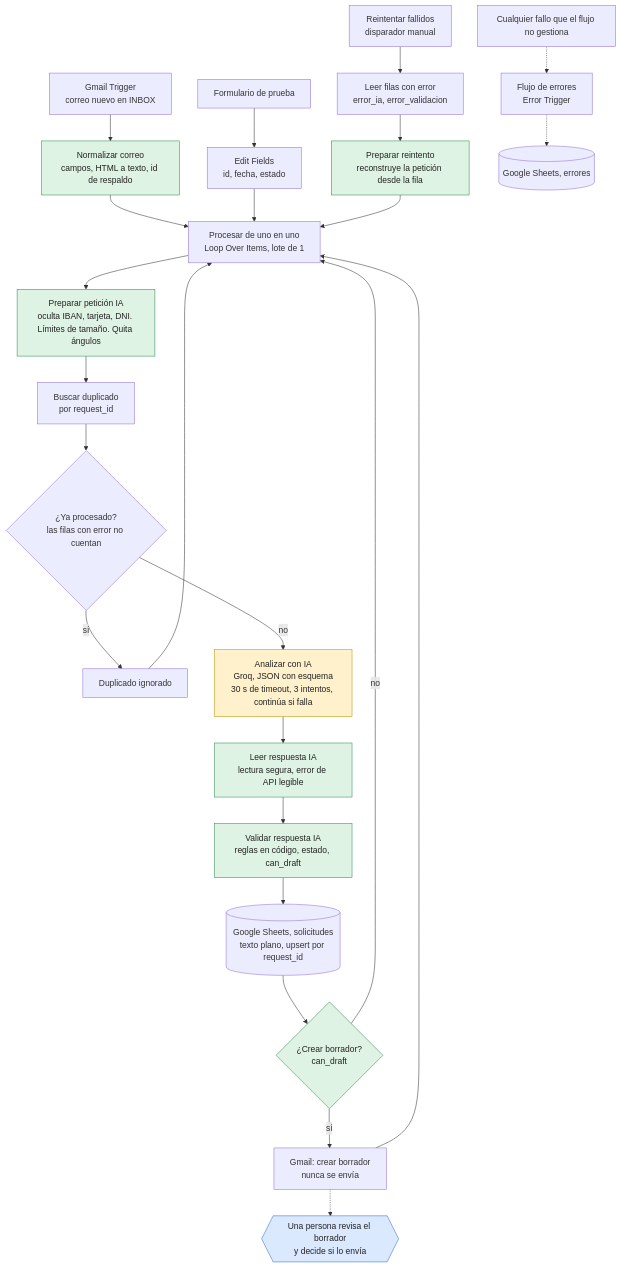
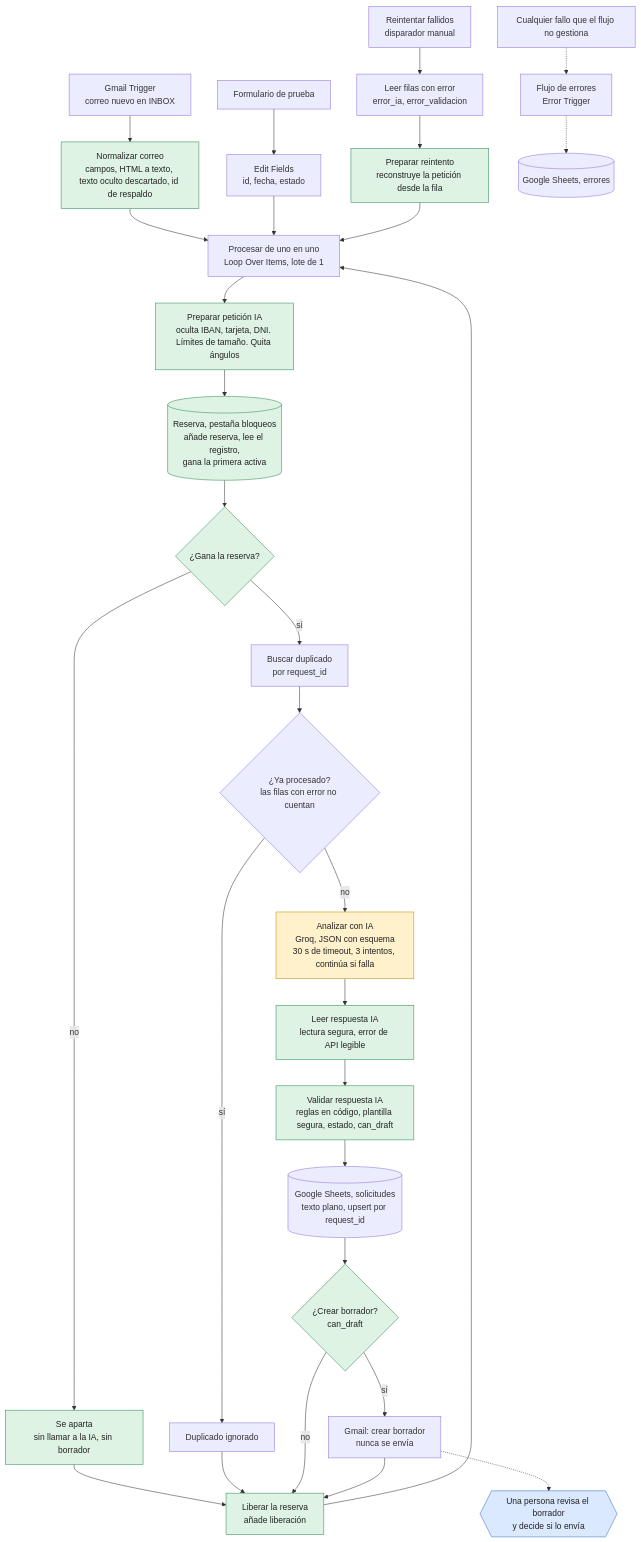
The diagram in README.es.md (lararaul439-ctrl/leadflow-ai), drawn with Mermaid before and after one commit. The commit also changed other lines of this file and 24 other files, not shown here.

````diff
--- a/README.es.md
+++ b/README.es.md
@@ -26,36 +27,41 @@
 ```mermaid
 flowchart TB
-    GT["Gmail Trigger<br/>correo nuevo en INBOX"] --> NC["Normalizar correo<br/>campos, HTML a texto, id de respaldo"]
+    GT["Gmail Trigger<br/>correo nuevo en INBOX"] --> NC["Normalizar correo<br/>campos, HTML a texto, texto oculto descartado, id de respaldo"]
     FM["Formulario de prueba"] --> EF["Edit Fields<br/>id, fecha, estado"]
     RT["Reintentar fallidos<br/>disparador manual"] --> RD["Leer filas con error<br/>error_ia, error_validacion"]
     RD --> PR["Preparar reintento<br/>reconstruye la petición desde la fila"]
 
     NC --> BU
     EF --> BU
     PR --> BU
 
     BU["Procesar de uno en uno<br/>Loop Over Items, lote de 1"] --> PP["Preparar petición IA<br/>oculta IBAN, tarjeta, DNI. Límites de tamaño. Quita ángulos"]
-    PP --> BD["Buscar duplicado<br/>por request_id"]
+    PP --> CL[("Reserva, pestaña bloqueos<br/>añade reserva, lee el registro,<br/>gana la primera activa")]
+    CL --> WIN{"¿Gana la reserva?"}
+    WIN -- "no" --> LOST["Se aparta<br/>sin llamar a la IA, sin borrador"]
+    WIN -- "sí" --> BD["Buscar duplicado<br/>por request_id"]
     BD --> DUP{"¿Ya procesado?<br/>las filas con error no cuentan"}
     DUP -- "sí" --> IG["Duplicado ignorado"]
-    IG --> BU
     DUP -- "no" --> IA["Analizar con IA<br/>Groq, JSON con esquema<br/>30 s de timeout, 3 intentos, continúa si falla"]
     IA --> LR["Leer respuesta IA<br/>lectura segura, error de API legible"]
-    LR --> VR["Validar respuesta IA<br/>reglas en código, estado, can_draft"]
+    LR --> VR["Validar respuesta IA<br/>reglas en código, plantilla segura, estado, can_draft"]
     VR --> SH[("Google Sheets, solicitudes<br/>texto plano, upsert por request_id")]
     SH --> GATE{"¿Crear borrador?<br/>can_draft"}
     GATE -- "sí" --> BR["Gmail: crear borrador<br/>nunca se envía"]
-    GATE -- "no" --> BU
-    BR --> BU
     BR -.-> HUM{{"Una persona revisa el borrador<br/>y decide si lo envía"}}
+    LOST --> REL
+    IG --> REL
+    GATE -- "no" --> REL
+    BR --> REL["Liberar la reserva<br/>añade liberación"]
+    REL --> BU
 
     FALLO["Cualquier fallo que el flujo no gestiona"] -.-> ER["Flujo de errores<br/>Error Trigger"]
     ER -.-> SE[("Google Sheets, errores")]
 
     classDef ia fill:#fff1cc,stroke:#c28f00,color:#222
     classDef codigo fill:#dff3e4,stroke:#2e8b57,color:#222
     classDef humano fill:#dbe9ff,stroke:#2f6fd0,color:#222
     class IA ia
-    class NC,PP,LR,VR,PR,GATE codigo
+    class NC,PP,LR,VR,PR,GATE,WIN,CL,REL,LOST codigo
     class HUM humano
 ```
````
